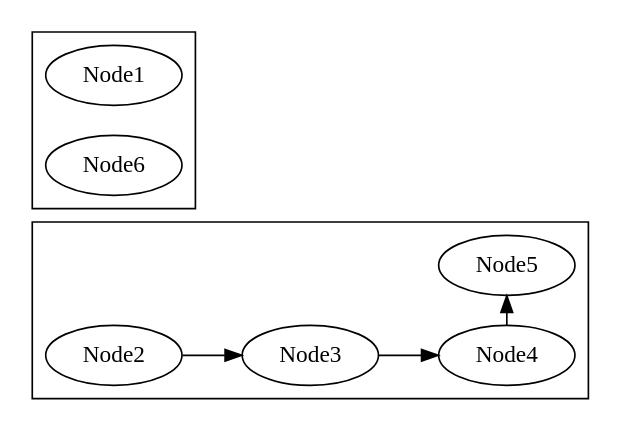
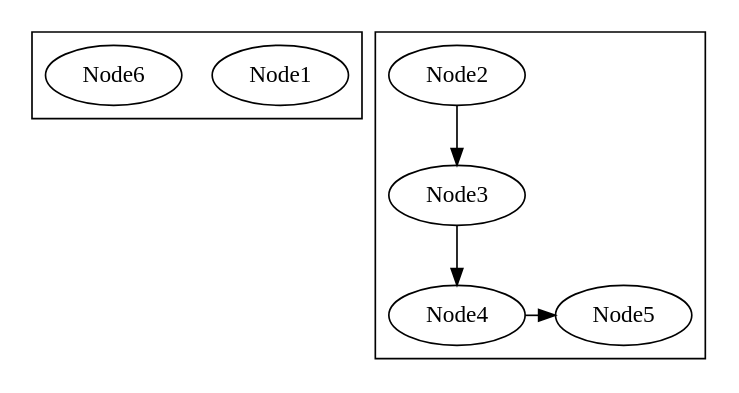
Before and after one commit to sisyphus1212/note: the fifth of 5 diagrams in other/graphviz.md, drawn with Graphviz.

Commit message:
auto_update

````diff
--- a/other/graphviz.md
+++ b/other/graphviz.md
@@ -61,14 +61,14 @@
 ```graphviz
 digraph {
-    rankdir=LR
+    rankdir=TB
+    subgraph cluster_vertical_example2{
+        Node1; Node6
+    }
     subgraph cluster_vertical_example{
         "Node2"-> "Node3";
         "Node3"-> "Node4";
         "Node4"->"Node5"
         {rank=same; "Node4"; "Node5";}
     }
-    subgraph cluster_vertical_example2{
-        Node1; Node6
-    }
 }
 ```
````
